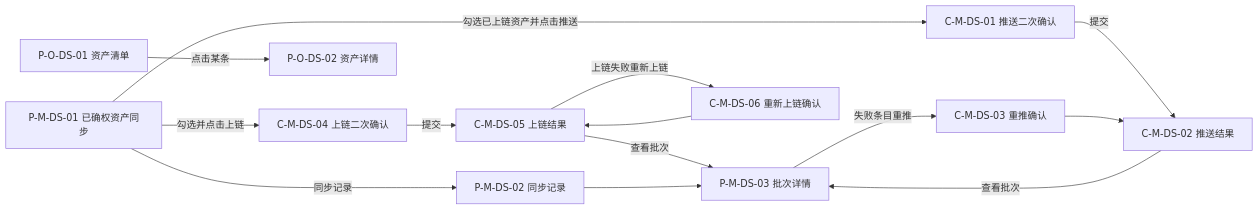
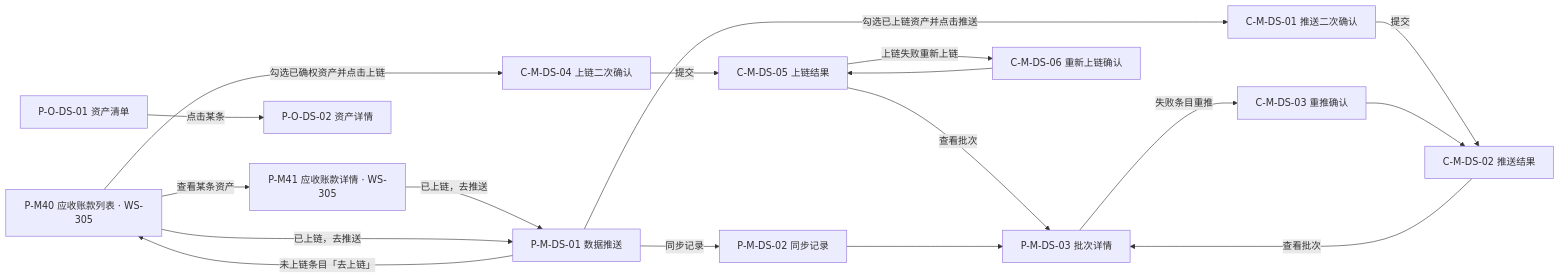
Before and after one commit to wxblockchain/Chain-Financing: the second of 2 diagrams in asset-platform/prd/v1.0-可信数据同步/v1.0-可信数据同步-PRD.md, drawn with Mermaid. The commit also changed other lines of this file and 2 other files, not shown here.

````diff
--- a/asset-platform/prd/v1.0-可信数据同步/v1.0-可信数据同步-PRD.md
+++ b/asset-platform/prd/v1.0-可信数据同步/v1.0-可信数据同步-PRD.md
@@ -243,16 +263,20 @@
 ```mermaid
 flowchart LR
-    A[P-M-DS-01 已确权资产同步] -->|勾选并点击上链| J[C-M-DS-04 上链二次确认]
+    M[P-M40 应收账款列表 · WS-305] -->|勾选已确权资产并点击上链| J[C-M-DS-04 上链二次确认]
     J -->|提交| K[C-M-DS-05 上链结果]
     K -->|查看批次| D
     K -->|上链失败重新上链| L[C-M-DS-06 重新上链确认]
     L --> K
-    A -->|勾选已上链资产并点击推送| B[C-M-DS-01 推送二次确认]
+    M -->|查看某条资产| N[P-M41 应收账款详情 · WS-305]
+    N -->|已上链，去推送| A
+    M -->|已上链，去推送| A
+    A[P-M-DS-01 数据推送] -->|勾选已上链资产并点击推送| B[C-M-DS-01 推送二次确认]
     B -->|提交| C[C-M-DS-02 推送结果]
     C -->|查看批次| D[P-M-DS-03 批次详情]
     A -->|同步记录| E[P-M-DS-02 同步记录]
+    A -->|未上链条目「去上链」| M
     E --> D
     D -->|失败条目重推| F[C-M-DS-03 重推确认]
     F --> C
     G[P-O-DS-01 资产清单] -->|点击某条| H[P-O-DS-02 资产详情]
 ```
````
